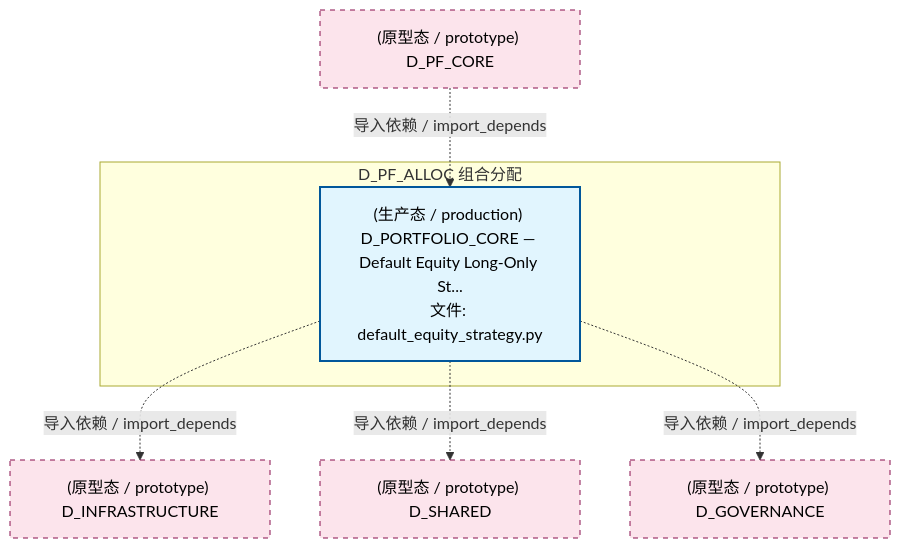
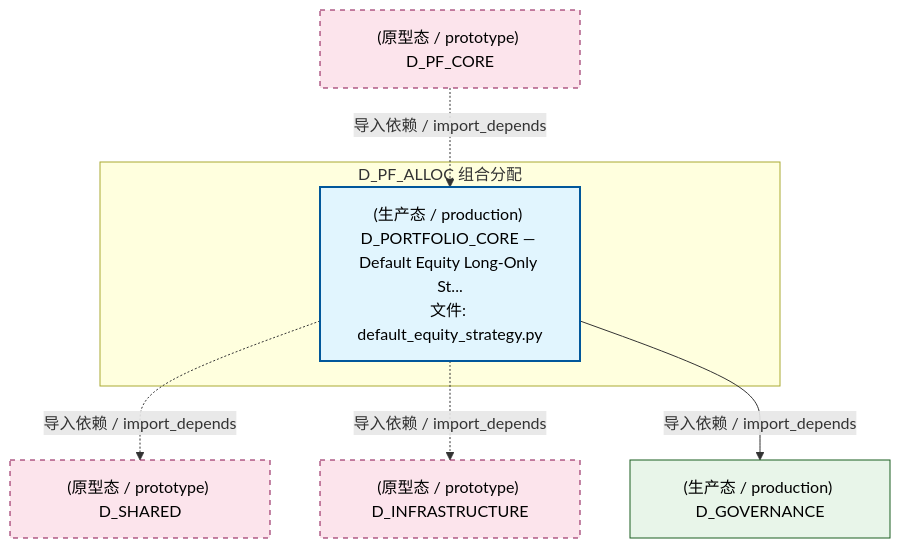
Before and after one commit to xuanFelixVan/ZephyrAlpha: the second of 5 diagrams in docs/02_enterprise_architecture/02_domain_architecture_docs/51_d_pf_alloc.md, drawn with Mermaid. The commit also changed other lines of this file and 126 other files, not shown here.

````diff
--- a/docs/02_enterprise_architecture/02_domain_architecture_docs/51_d_pf_alloc.md
+++ b/docs/02_enterprise_architecture/02_domain_architecture_docs/51_d_pf_alloc.md
@@ -110,20 +100,21 @@
 ```mermaid
 graph TD
     subgraph D_PF_ALLOC["D_PF_ALLOC 组合分配"]
         src_zephyr_pf_core_default_equity_strategy_py["(生产态 / production) D_PORTFOLIO_CORE — Default Equity Long-Only St...<br/>文件: default_equity_strategy.py"]
     end
+    D_SHARED["(原型态 / prototype) D_SHARED"]
+    src_zephyr_pf_core_default_equity_strategy_py -.->|导入依赖 / import_depends| D_SHARED
     D_INFRASTRUCTURE["(原型态 / prototype) D_INFRASTRUCTURE"]
     src_zephyr_pf_core_default_equity_strategy_py -.->|导入依赖 / import_depends| D_INFRASTRUCTURE
-    D_SHARED["(原型态 / prototype) D_SHARED"]
-    src_zephyr_pf_core_default_equity_strategy_py -.->|导入依赖 / import_depends| D_SHARED
-    D_GOVERNANCE["(原型态 / prototype) D_GOVERNANCE"]
-    src_zephyr_pf_core_default_equity_strategy_py -.->|导入依赖 / import_depends| D_GOVERNANCE
+    D_GOVERNANCE["(生产态 / production) D_GOVERNANCE"]
+    src_zephyr_pf_core_default_equity_strategy_py -->|导入依赖 / import_depends| D_GOVERNANCE
     D_PF_CORE["(原型态 / prototype) D_PF_CORE"]
     D_PF_CORE -.->|导入依赖 / import_depends| src_zephyr_pf_core_default_equity_strategy_py
     classDef production fill:#e1f5fe,stroke:#01579b,stroke-width:2px,color:#000
     classDef design fill:#fff3e0,stroke:#e65100,stroke-width:2px,color:#000,stroke-dasharray: 5 5
     classDef external_prod fill:#e8f5e9,stroke:#1b5e20,stroke-width:1px,color:#000
     classDef external_design fill:#fce4ec,stroke:#880e4f,stroke-width:1px,color:#000,stroke-dasharray: 5 5
     class src_zephyr_pf_core_default_equity_strategy_py production
-    class D_INFRASTRUCTURE,D_SHARED,D_GOVERNANCE,D_PF_CORE external_design
+    class D_GOVERNANCE external_prod
+    class D_SHARED,D_INFRASTRUCTURE,D_PF_CORE external_design
 ```
````
